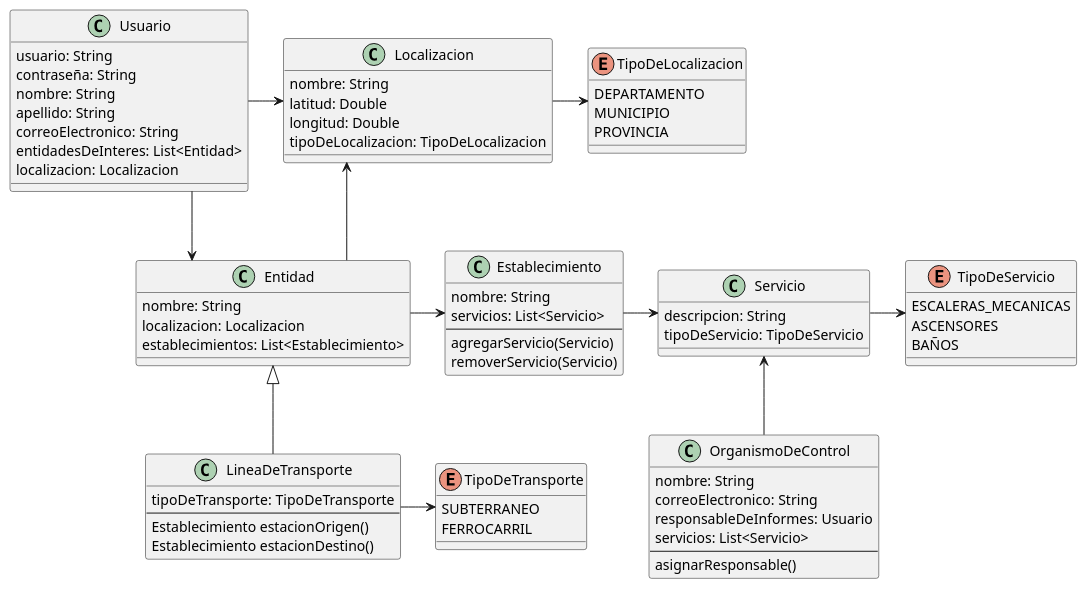
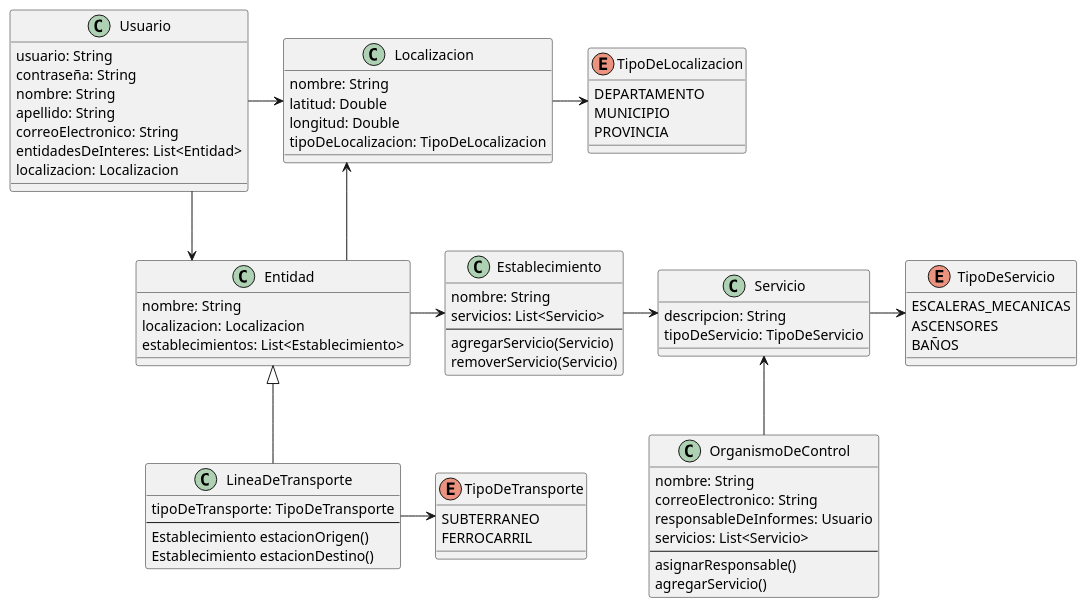
Before and after one commit to ValenAquino/tp-dds-2023: the diagram in docs/entrega-2/clases.puml, drawn with PlantUML. The commit also changed 2 other files, not shown here.

Commit message:
feat(OrganismoDeControl): agregar metodo agregarServicio

```diff
--- a/docs/entrega-2/clases.puml
+++ b/docs/entrega-2/clases.puml
@@ -1,105 +1,106 @@
 @startuml TPA2-Clases
 skinparam linetype ortho
 
 ' Supermercado, Centro Comunal, Banco, ...
 class Entidad {
   nombre: String
   localizacion: Localizacion
   establecimientos: List<Establecimiento>
 }
 
 ' Sucursal, Estacion, ...
 class Establecimiento {
   nombre: String
   servicios: List<Servicio>
   --
   agregarServicio(Servicio)
   removerServicio(Servicio)
 }
 
 class Servicio {
   descripcion: String
   tipoDeServicio: TipoDeServicio
 }
 
 enum TipoDeServicio {
   ESCALERAS_MECANICAS
   ASCENSORES
   BAÑOS
 }
 
 class LineaDeTransporte {
   tipoDeTransporte: TipoDeTransporte
   --
   Establecimiento estacionOrigen()
   Establecimiento estacionDestino()
 }
 
 enum TipoDeTransporte {
   SUBTERRANEO
   FERROCARRIL
 }
 
 class Usuario {
   usuario: String
   contraseña: String
   nombre: String
   apellido: String
   correoElectronico: String
   entidadesDeInteres: List<Entidad>
   localizacion: Localizacion
   ' membresias: List<Membresia>
 }
 
 class Localizacion {
   nombre: String
   latitud: Double
   longitud: Double
   tipoDeLocalizacion: TipoDeLocalizacion
 }
 
 enum TipoDeLocalizacion {
   DEPARTAMENTO
   MUNICIPIO
   PROVINCIA
 }
 
 class OrganismoDeControl {
   nombre: String
   correoElectronico: String
   responsableDeInformes: Usuario
   servicios: List<Servicio>
   --
   asignarResponsable()
+  agregarServicio()
 }
 
 Entidad -> Establecimiento
 Establecimiento -> Servicio
 Servicio -> TipoDeServicio
 Entidad <|-- LineaDeTransporte
 LineaDeTransporte -> TipoDeTransporte
 Usuario --> Entidad
 Usuario -> Localizacion
 Localizacion <- Entidad
 Localizacion -> TipoDeLocalizacion
 Servicio <-- OrganismoDeControl
 
 /'
 
 class Comunidad {
   --
   crearServicio()
 }
 
 class Membresia {
   comunidad: Comunidad
   esAdministrador: Boolean
 }
 
 Comunidad ..> Servicio
 Usuario --> Membresia
 Comunidad <- Membresia
 
 '/
 
 @enduml
```
